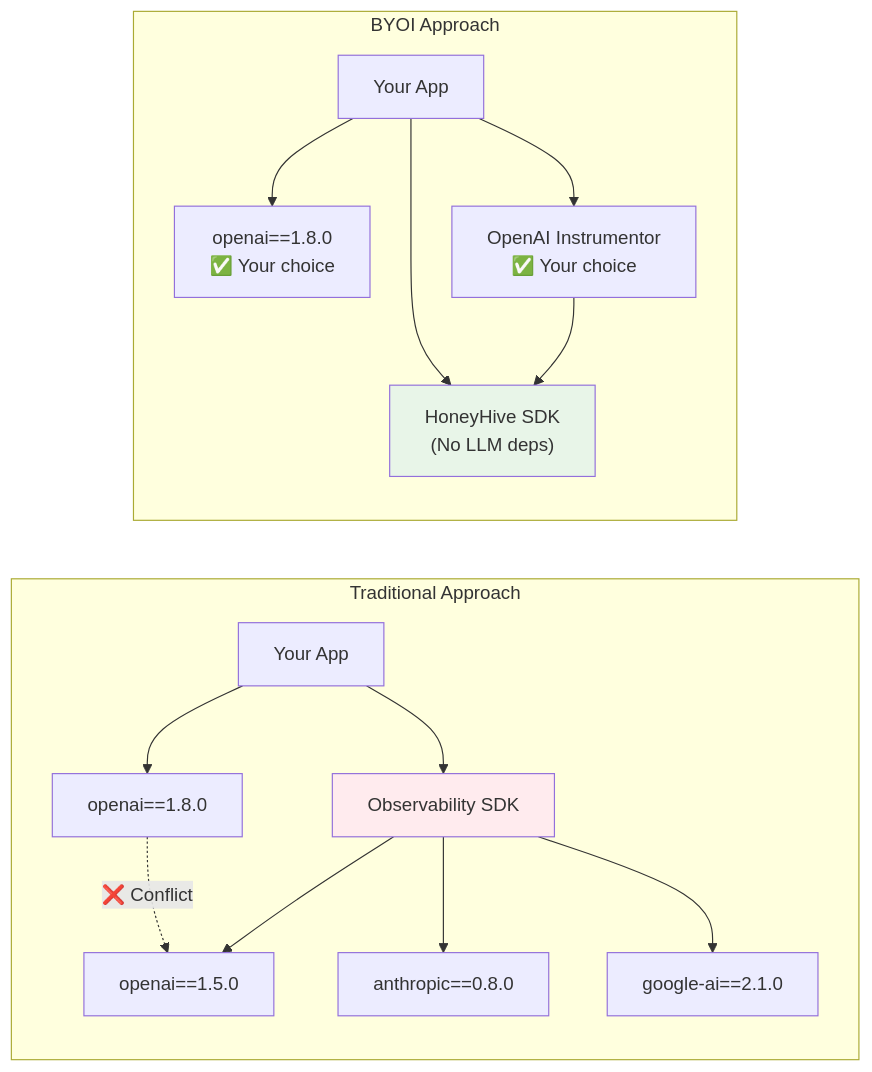
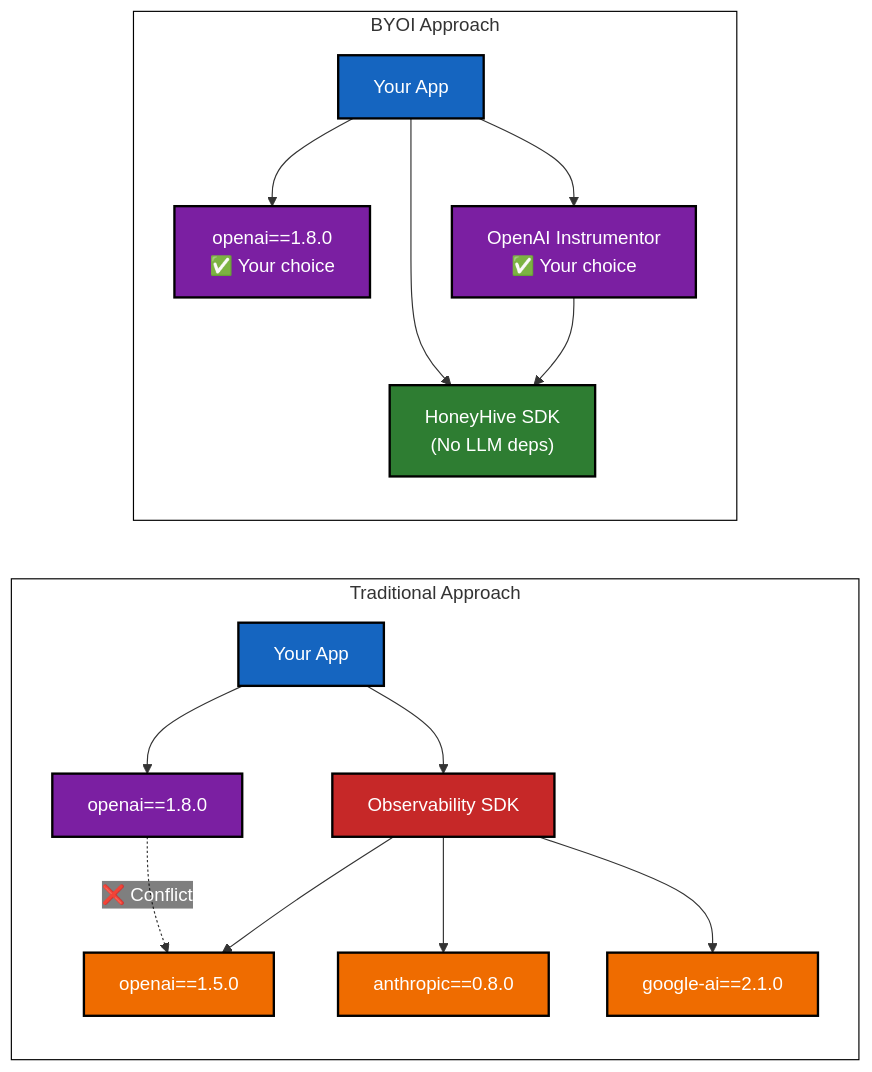
Before and after one commit to honeyhiveai/python-sdk: the third of 15 diagrams in docs/explanation/architecture/diagrams.rst, drawn with Mermaid. The commit also changed other lines of this file and 44 other files, not shown here.

```diff
--- a/docs/explanation/architecture/diagrams.rst
+++ b/docs/explanation/architecture/diagrams.rst
@@ -89,27 +99,37 @@
 .. mermaid::
 
+   %%{init: {'theme':'base', 'themeVariables': {'primaryColor': '#1565c0', 'primaryTextColor': '#ffffff', 'primaryBorderColor': '#000000', 'lineColor': '#333333', 'secondaryColor': '#2e7d32', 'tertiaryColor': '#ef6c00', 'background': 'transparent', 'mainBkg': 'transparent', 'secondBkg': 'transparent', 'nodeBkg': '#1565c0', 'nodeBorder': '#000000', 'clusterBkg': 'transparent', 'clusterBorder': '#000000', 'defaultLinkColor': '#333333', 'titleColor': '#333333', 'edgeLabelBackground': 'transparent', 'nodeTextColor': '#ffffff'}, 'flowchart': {'linkColor': '#333333', 'linkWidth': 2, 'nodeSpacing': 50, 'rankSpacing': 50}}}%%
    graph LR
        subgraph "Traditional Approach"
            TradSDK["Observability SDK"]
            TradSDK --> OpenAIDep["openai==1.5.0"]
            TradSDK --> AnthropicDep["anthropic==0.8.0"]
            TradSDK --> GoogleDep["google-ai==2.1.0"]
            
            App1["Your App"] --> TradSDK
            App1 --> YourOpenAI["openai==1.8.0"]
            
            YourOpenAI -.->|"❌ Conflict"| OpenAIDep
        end
        
        subgraph "BYOI Approach"
            BYOISDK["HoneyHive SDK<br/>(No LLM deps)"]
            
            App2["Your App"] --> BYOISDK
            App2 --> YourOpenAI2["openai==1.8.0<br/>✅ Your choice"]
            App2 --> YourInst["OpenAI Instrumentor<br/>✅ Your choice"]
            
            YourInst --> BYOISDK
        end
        
-       style TradSDK fill:#ffebee
-       style BYOISDK fill:#e8f5e8
+       classDef tradClass fill:#c62828,stroke:#000000,stroke-width:2px,color:#ffffff
+       classDef byoiClass fill:#2e7d32,stroke:#000000,stroke-width:2px,color:#ffffff
+       classDef appClass fill:#1565c0,stroke:#000000,stroke-width:2px,color:#ffffff
+       classDef depClass fill:#ef6c00,stroke:#000000,stroke-width:2px,color:#ffffff
+       classDef conflictClass fill:#7b1fa2,stroke:#000000,stroke-width:2px,color:#ffffff
+       
+       class TradSDK tradClass
+       class BYOISDK byoiClass
+       class App1,App2 appClass
+       class OpenAIDep,AnthropicDep,GoogleDep depClass
+       class YourOpenAI,YourOpenAI2,YourInst conflictClass
```
